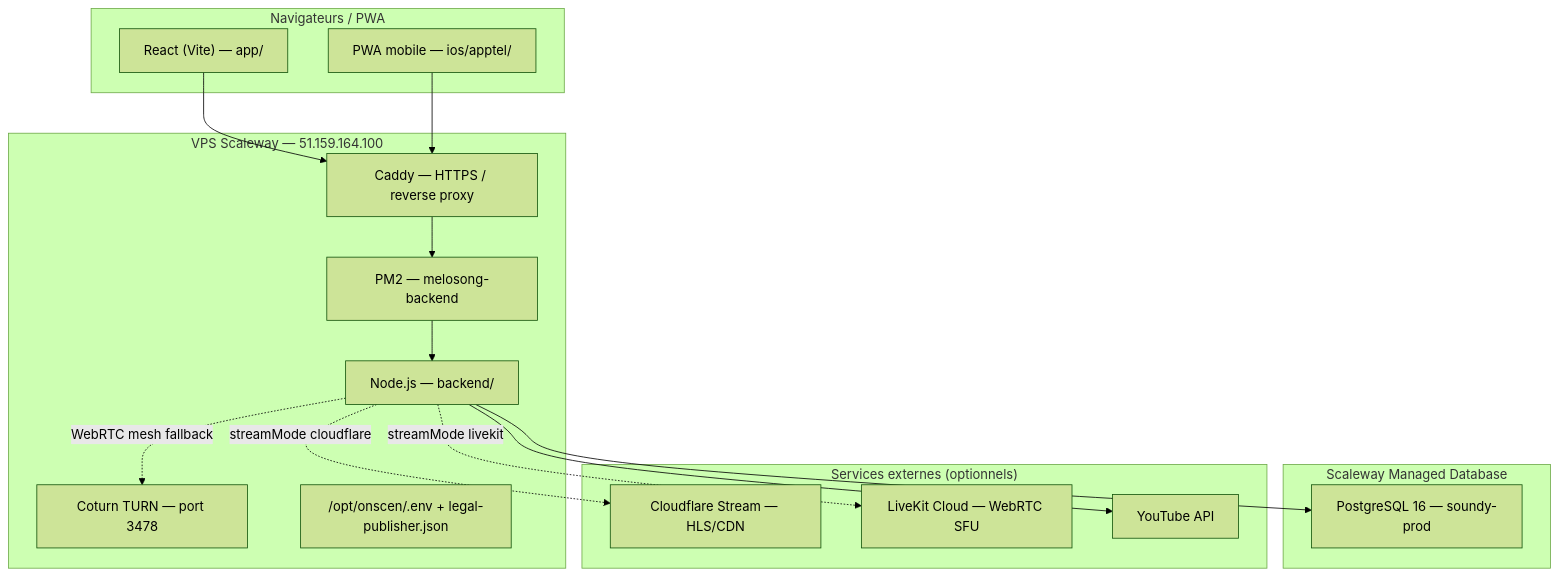
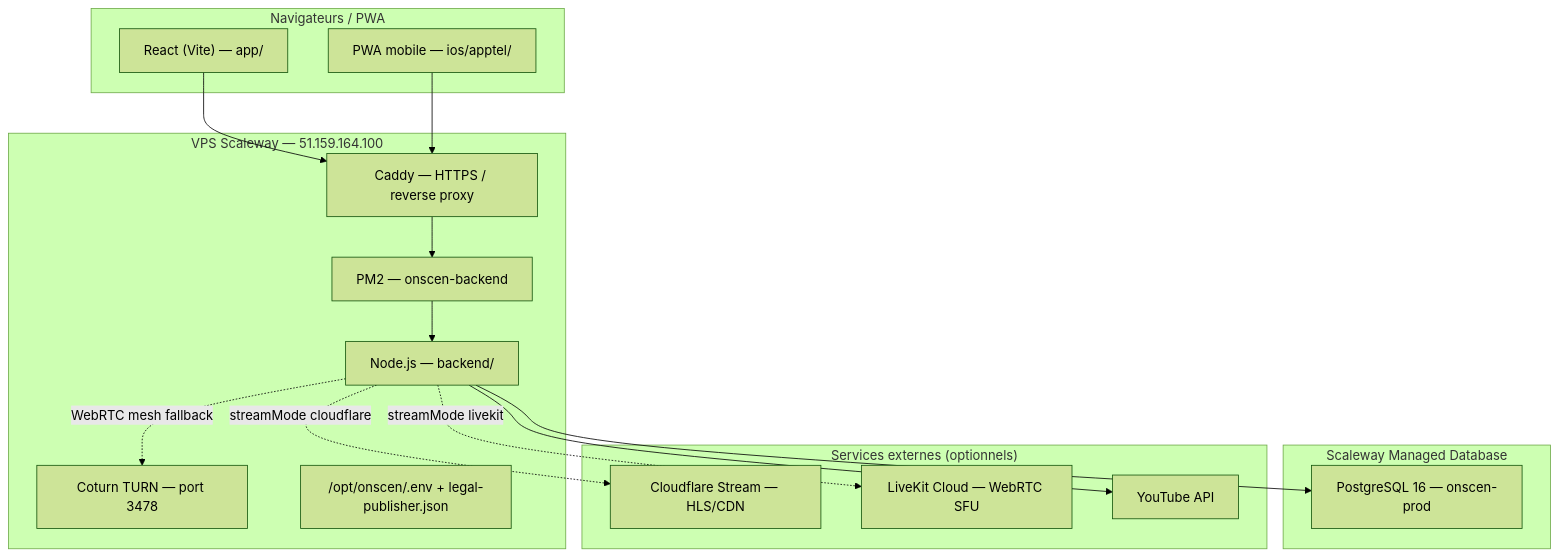
Before and after one commit to valentingoulven-creator/OnScen: the first of 2 diagrams in commun/docs/COUT-APPLICATION.md, drawn with Mermaid (forest theme). The commit also changed other lines of this file and 654 other files, not shown here.

````diff
--- a/commun/docs/COUT-APPLICATION.md
+++ b/commun/docs/COUT-APPLICATION.md
@@ -17,35 +17,35 @@
 ```mermaid
 flowchart TB
   subgraph Client["Navigateurs / PWA"]
     Web["React (Vite) — app/"]
     Tel["PWA mobile — ios/apptel/"]
   end
 
   subgraph VPS["VPS Scaleway — 51.159.164.100"]
     Caddy["Caddy — HTTPS / reverse proxy"]
-    PM2["PM2 — melosong-backend"]
+    PM2["PM2 — onscen-backend"]
     Node["Node.js — backend/"]
     Coturn["Coturn TURN — port 3478"]
     Data["/opt/onscen/.env + legal-publisher.json"]
   end
 
   subgraph DB["Scaleway Managed Database"]
-    PG["PostgreSQL 16 — soundy-prod"]
+    PG["PostgreSQL 16 — onscen-prod"]
   end
 
   subgraph External["Services externes (optionnels)"]
     CF["Cloudflare Stream — HLS/CDN"]
     LK["LiveKit Cloud — WebRTC SFU"]
     YT["YouTube API"]
   end
 
   Web --> Caddy
   Tel --> Caddy
   Caddy --> PM2
   PM2 --> Node
   Node --> PG
   Node -.->|WebRTC mesh fallback| Coturn
   Node -.->|streamMode cloudflare| CF
   Node -.->|streamMode livekit| LK
   Node --> YT
 ```
````
